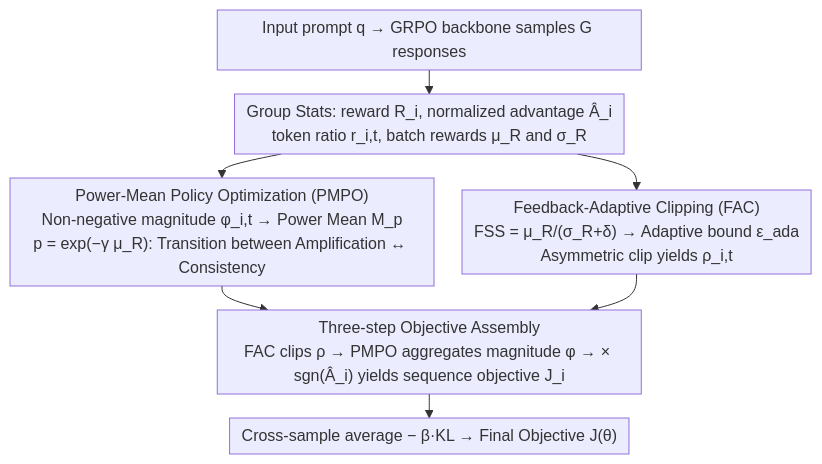
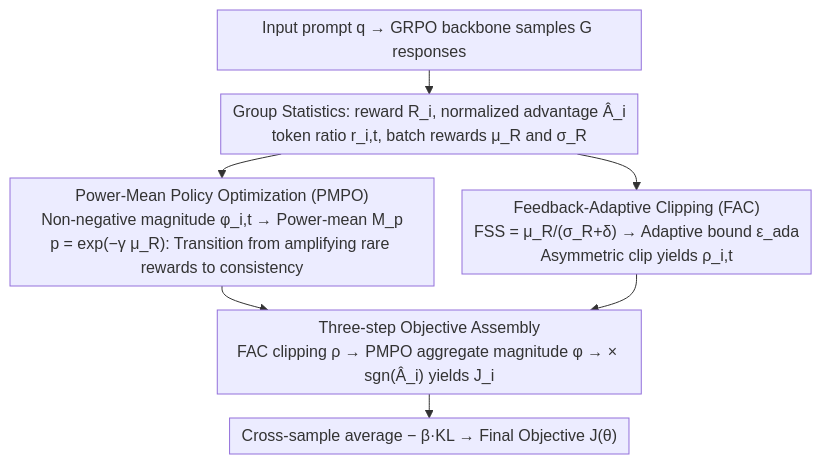
The diagram in docs/ACL2026/llm_reasoning/adapt_to_thrive_adaptive_power-mean_policy_optimization_for_improved_llm_reasoni.md (zhaoyang97/Paper-Notes-en), drawn with Mermaid before and after one commit. The commit also changed other lines of this file and 5084 other files, not shown here.

````diff
--- a/docs/ACL2026/llm_reasoning/adapt_to_thrive_adaptive_power-mean_policy_optimization_for_improved_llm_reasoni.md
+++ b/docs/ACL2026/llm_reasoning/adapt_to_thrive_adaptive_power-mean_policy_optimization_for_improved_llm_reasoni.md
@@ -44,10 +44,10 @@
 ```mermaid
 %%{init: {'flowchart': {'rankSpacing': 24, 'nodeSpacing': 28, 'padding': 6, 'wrappingWidth': 400}}}%%
 flowchart TD
-    A["Input prompt q → GRPO backbone samples G responses"] --> B["Group Stats: reward R_i, normalized advantage Â_i<br/>token ratio r_i,t, batch rewards μ_R and σ_R"]
-    B --> C["Power-Mean Policy Optimization (PMPO)<br/>Non-negative magnitude φ_i,t → Power Mean M_p<br/>p = exp(−γ μ_R): Transition between Amplification ↔ Consistency"]
+    A["Input prompt q → GRPO backbone samples G responses"] --> B["Group Statistics: reward R_i, normalized advantage Â_i<br/>token ratio r_i,t, batch rewards μ_R and σ_R"]
+    B --> C["Power-Mean Policy Optimization (PMPO)<br/>Non-negative magnitude φ_i,t → Power-mean M_p<br/>p = exp(−γ μ_R): Transition from amplifying rare rewards to consistency"]
     B --> D["Feedback-Adaptive Clipping (FAC)<br/>FSS = μ_R/(σ_R+δ) → Adaptive bound ε_ada<br/>Asymmetric clip yields ρ_i,t"]
-    C --> E["Three-step Objective Assembly<br/>FAC clips ρ → PMPO aggregates magnitude φ → × sgn(Â_i) yields sequence objective J_i"]
+    C --> E["Three-step Objective Assembly<br/>FAC clipping ρ → PMPO aggregate magnitude φ → × sgn(Â_i) yields J_i"]
     D --> E
     E --> F["Cross-sample average − β·KL → Final Objective J(θ)"]
 ```
````
